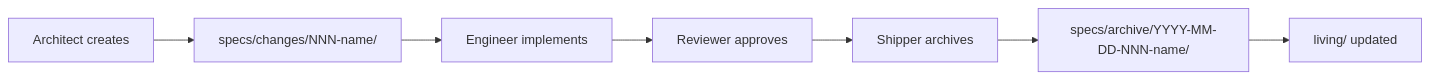
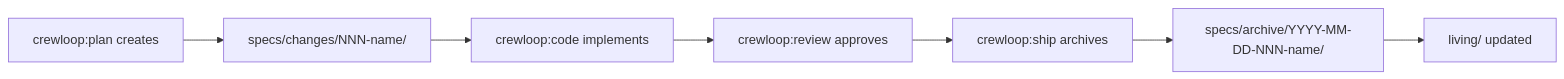
One commit to leorsousa05/CrewLoop changed the diagram in docs/public/docs/concepts/specs.md. Above: the diagram before and after it, drawn with Mermaid. The commit also changed other lines of this file and 117 other files, not shown here.

````diff
--- a/docs/public/docs/concepts/specs.md
+++ b/docs/public/docs/concepts/specs.md
@@ -58,9 +63,9 @@
 ```mermaid
 flowchart LR
-    A[Architect creates] --> B[specs/changes/NNN-name/]
-    B --> C[Engineer implements]
-    C --> D[Reviewer approves]
-    D --> E[Shipper archives]
-    E --> F[specs/archive/YYYY-MM-DD-NNN-name/]
+    P[crewloop:plan creates] --> B[specs/changes/NNN-name/]
+    B --> C[crewloop:code implements]
+    C --> R[crewloop:review approves]
+    R --> S[crewloop:ship archives]
+    S --> F[specs/archive/YYYY-MM-DD-NNN-name/]
     F --> G[living/ updated]
 ```
````
